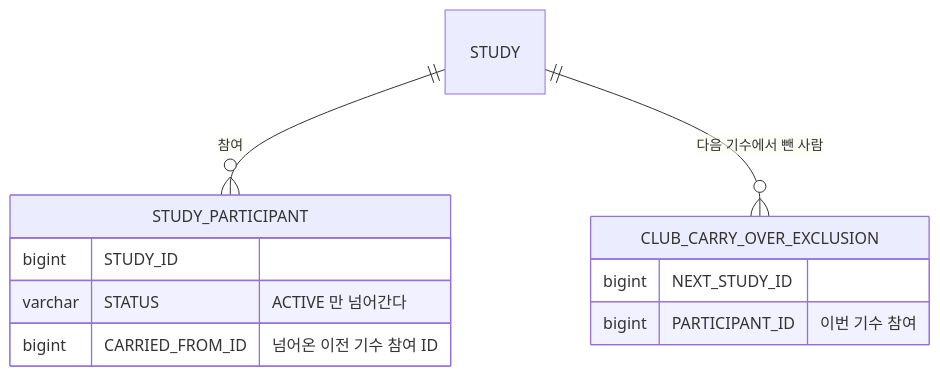
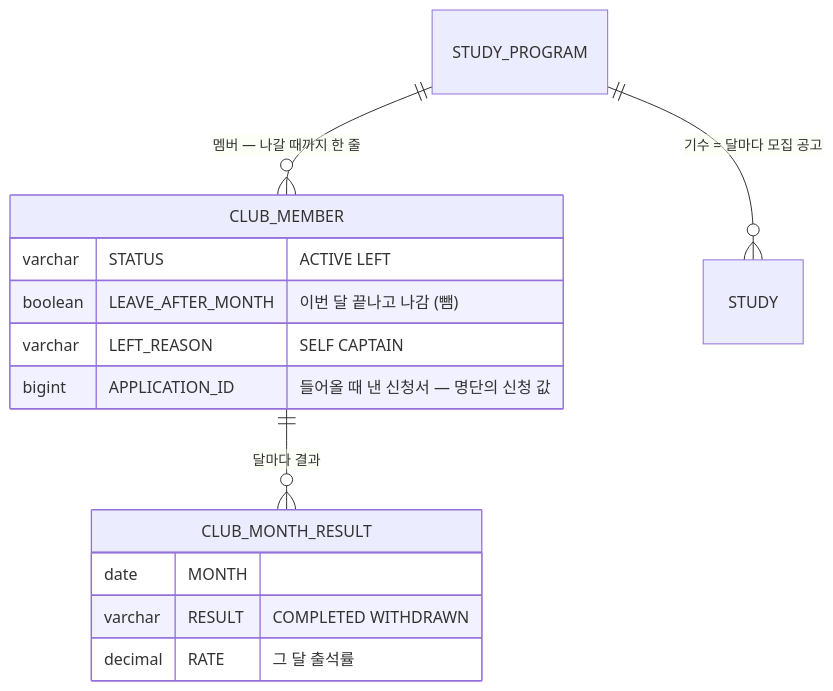
The second of 2 diagrams in 01-planning/stories/captain-carry-over-club-members/PRD.md (StudyClub-PlusPlus/studyclub-engineering), drawn with Mermaid before and after one commit. The commit also changed other lines of this file and 8 other files, not shown here.

````diff
--- a/01-planning/stories/captain-carry-over-club-members/PRD.md
+++ b/01-planning/stories/captain-carry-over-club-members/PRD.md
@@ -126,14 +118,17 @@
 ```mermaid
 erDiagram
-  STUDY ||--o{ STUDY_PARTICIPANT : "참여"
-  STUDY ||--o{ CLUB_CARRY_OVER_EXCLUSION : "다음 기수에서 뺀 사람"
-  STUDY_PARTICIPANT {
-    bigint STUDY_ID
-    varchar STATUS "ACTIVE 만 넘어간다"
-    bigint CARRIED_FROM_ID "넘어온 이전 기수 참여 ID"
+  STUDY_PROGRAM ||--o{ CLUB_MEMBER : "멤버 — 나갈 때까지 한 줄"
+  STUDY_PROGRAM ||--o{ STUDY : "기수 = 달마다 모집 공고"
+  CLUB_MEMBER ||--o{ CLUB_MONTH_RESULT : "달마다 결과"
+  CLUB_MEMBER {
+    varchar STATUS "ACTIVE LEFT"
+    boolean LEAVE_AFTER_MONTH "이번 달 끝나고 나감 (뺌)"
+    varchar LEFT_REASON "SELF CAPTAIN"
+    bigint APPLICATION_ID "들어올 때 낸 신청서 — 명단의 신청 값"
   }
-  CLUB_CARRY_OVER_EXCLUSION {
-    bigint NEXT_STUDY_ID
-    bigint PARTICIPANT_ID "이번 기수 참여"
+  CLUB_MONTH_RESULT {
+    date MONTH
+    varchar RESULT "COMPLETED WITHDRAWN"
+    decimal RATE "그 달 출석률"
   }
 ```
````
